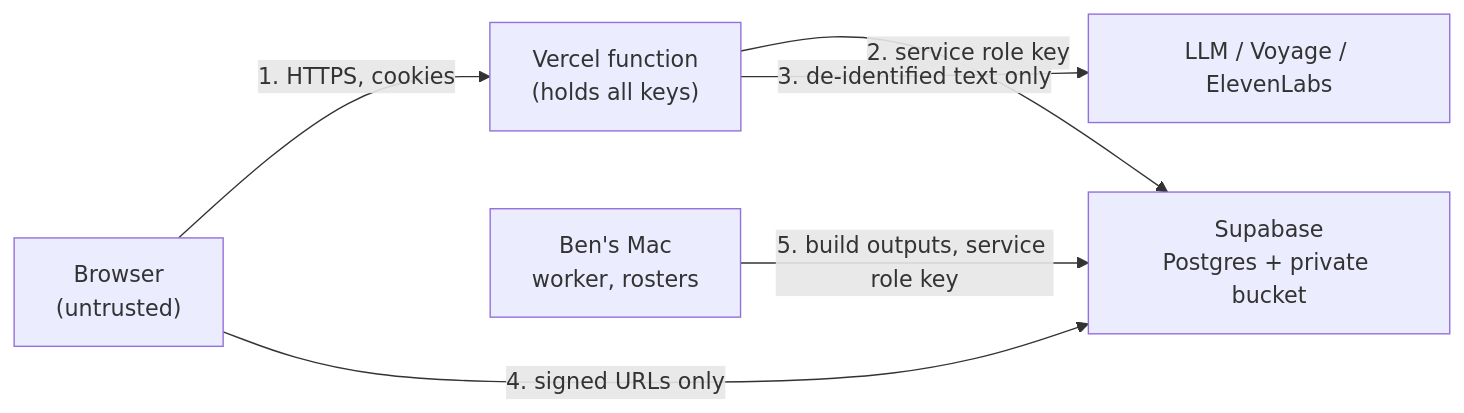
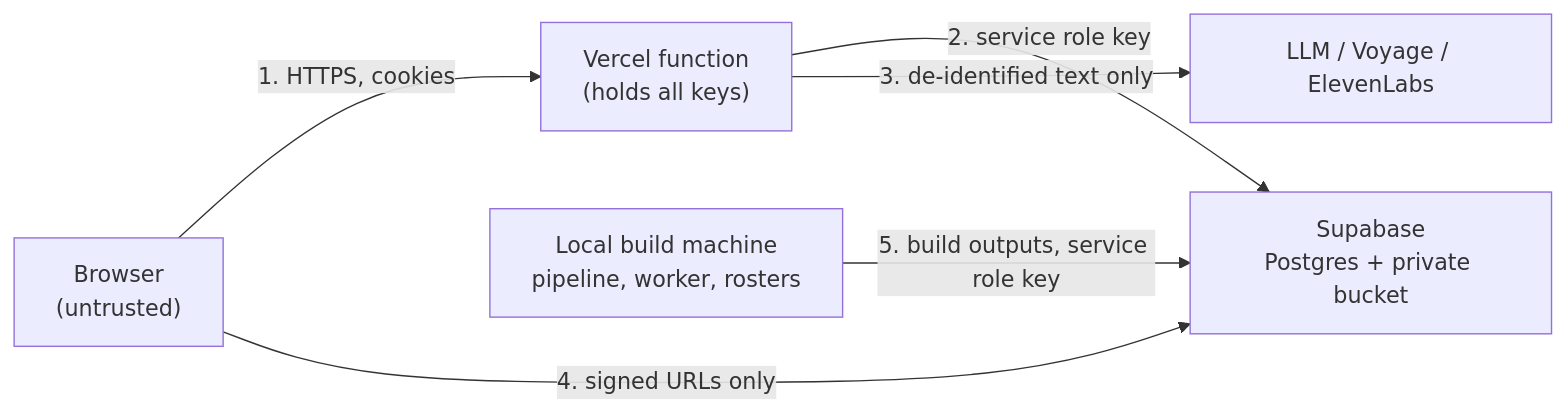
One commit to bcollier/faculty-twin changed the diagram in docs/SECURITY.md. Above: the diagram before and after it, drawn with Mermaid. The commit also changed other lines of this file and 24 other files, not shown here.

````diff
--- a/docs/SECURITY.md
+++ b/docs/SECURITY.md
@@ -34,8 +34,8 @@
 ```mermaid
 flowchart LR
     B["Browser<br/>(untrusted)"] -- "1. HTTPS, cookies" --> V["Vercel function<br/>(holds all keys)"]
     V -- "2. service role key" --> S["Supabase<br/>Postgres + private bucket"]
     V -- "3. de-identified text only" --> P["LLM / Voyage / ElevenLabs"]
     B -- "4. signed URLs only" --> S
-    M["Ben's Mac<br/>worker, rosters"] -- "5. build outputs, service role key" --> S
+    M["Local build machine<br/>pipeline, worker, rosters"] -- "5. build outputs, service role key" --> S
 ```
````
